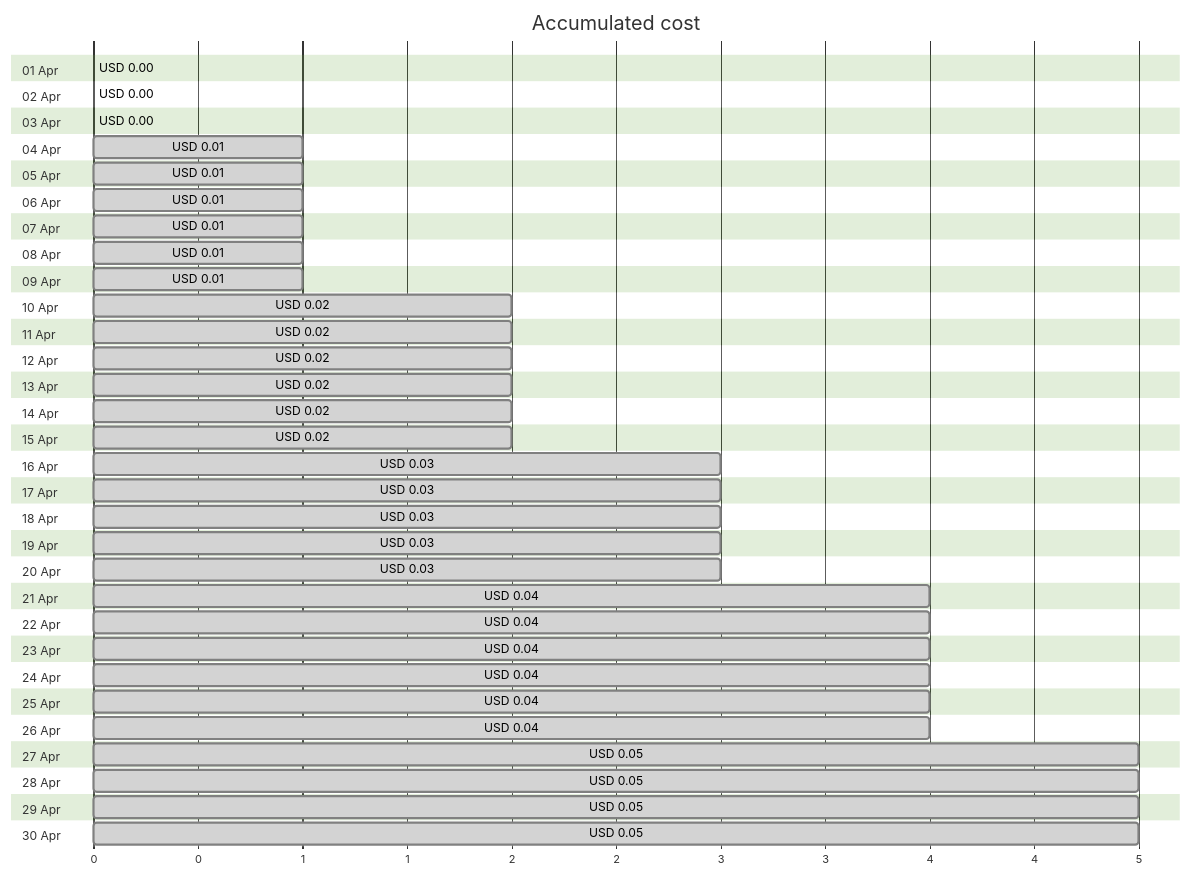
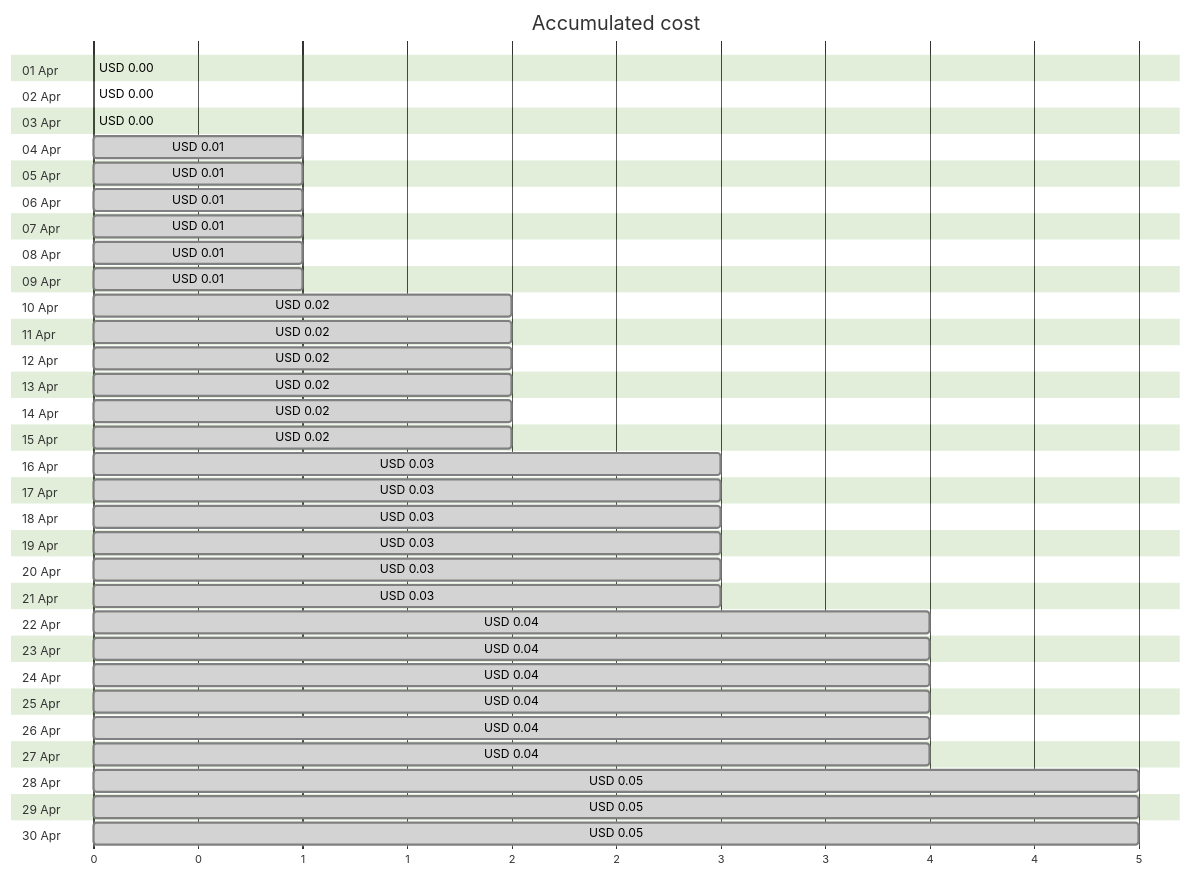
One commit to jpfulton/azure-personal-reports changed the first of 4 diagrams in cost-reports/personal-site/personalsiteapistorage.md. Above: the diagram before and after it, drawn with Mermaid (forest theme). The commit also changed other lines of this file and 6 other files, not shown here.

````diff
--- a/cost-reports/personal-site/personalsiteapistorage.md
+++ b/cost-reports/personal-site/personalsiteapistorage.md
@@ -20,66 +20,66 @@
 ```mermaid
 gantt
    title Accumulated cost
    dateFormat  X
    axisFormat %s
    section 01 Apr
    USD 0.00 :0, 0
    section 02 Apr
-   USD 0.00 : done, 0, 0
+   USD 0.00 :0, 0
    section 03 Apr
    USD 0.00 : done, 0, 0
    section 04 Apr
    USD 0.01 : done, 0, 1
    section 05 Apr
    USD 0.01 : done, 0, 1
    section 06 Apr
    USD 0.01 : done, 0, 1
    section 07 Apr
    USD 0.01 : done, 0, 1
    section 08 Apr
    USD 0.01 : done, 0, 1
    section 09 Apr
    USD 0.01 : done, 0, 1
    section 10 Apr
    USD 0.02 : done, 0, 2
    section 11 Apr
    USD 0.02 : done, 0, 2
    section 12 Apr
    USD 0.02 : done, 0, 2
    section 13 Apr
    USD 0.02 : done, 0, 2
    section 14 Apr
    USD 0.02 : done, 0, 2
    section 15 Apr
    USD 0.02 : done, 0, 2
    section 16 Apr
    USD 0.03 : done, 0, 3
    section 17 Apr
    USD 0.03 : done, 0, 3
    section 18 Apr
    USD 0.03 : done, 0, 3
    section 19 Apr
    USD 0.03 : done, 0, 3
    section 20 Apr
    USD 0.03 : done, 0, 3
    section 21 Apr
-   USD 0.04 : done, 0, 4
+   USD 0.03 : done, 0, 3
    section 22 Apr
    USD 0.04 : done, 0, 4
    section 23 Apr
    USD 0.04 : done, 0, 4
    section 24 Apr
    USD 0.04 : done, 0, 4
    section 25 Apr
    USD 0.04 : done, 0, 4
    section 26 Apr
    USD 0.04 : done, 0, 4
    section 27 Apr
-   USD 0.05 : done, 0, 5
+   USD 0.04 : done, 0, 4
    section 28 Apr
    USD 0.05 : done, 0, 5
    section 29 Apr
    USD 0.05 : done, 0, 5
    section 30 Apr
    USD 0.05 : done, 0, 5
 ```
````
